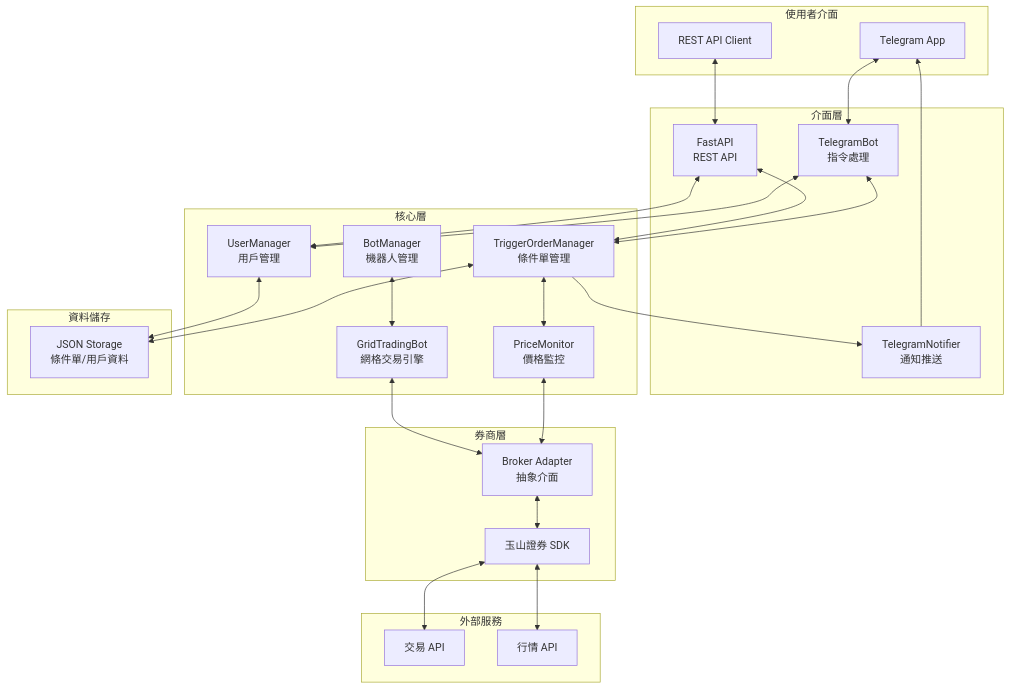
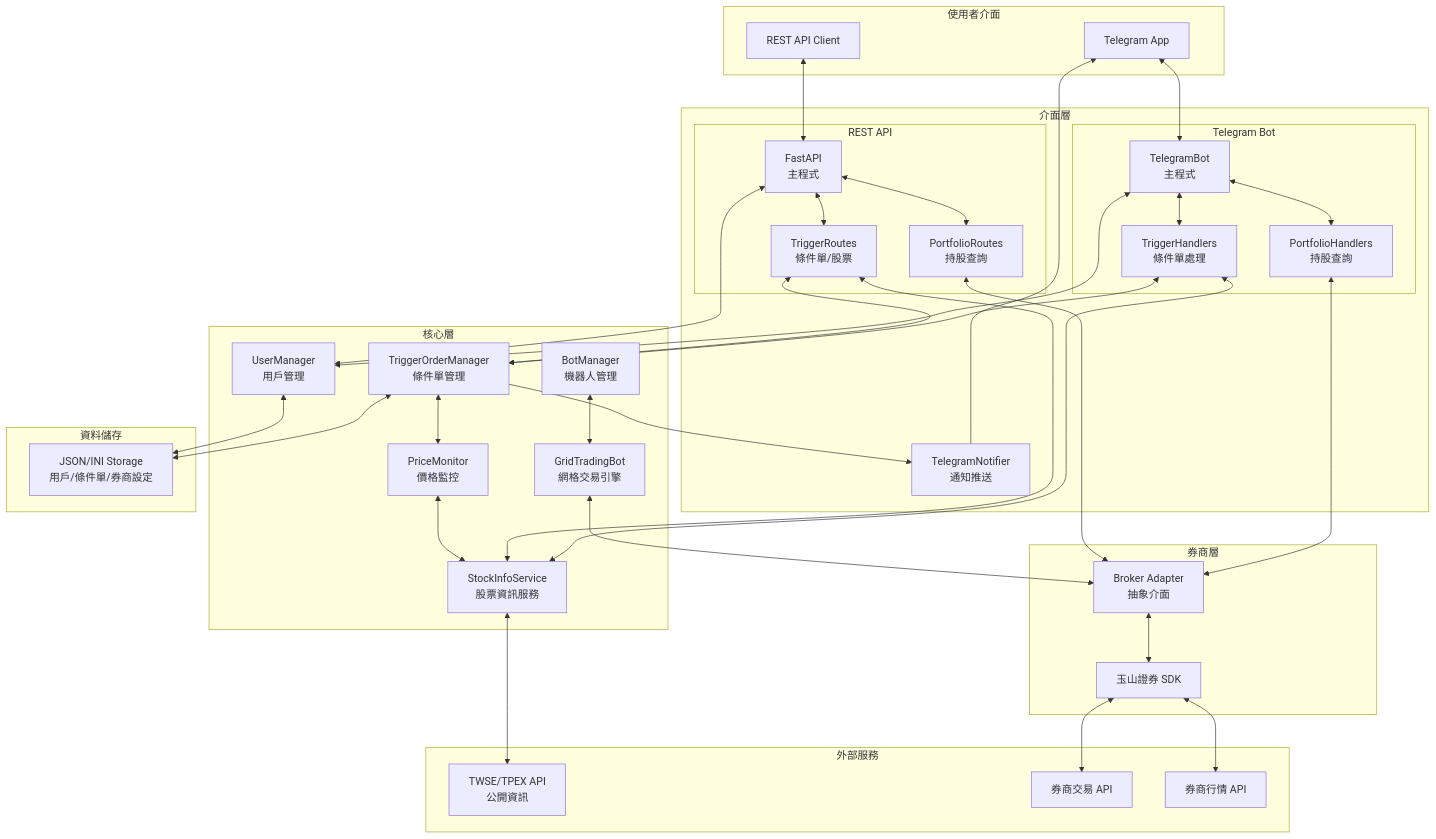
Before and after one commit to a21780816/GridPilot: the first of 5 diagrams in README.md, drawn with Mermaid. The commit also changed other lines of this file, not shown here.

First line of the commit message:
docs: 更新 README 架構圖與流程圖

````diff
--- a/README.md
+++ b/README.md
@@ -28,53 +28,76 @@
 ```mermaid
 flowchart TB
     subgraph User["使用者介面"]
         TG[Telegram App]
         API[REST API Client]
     end
 
     subgraph Interface["介面層"]
-        TB[TelegramBot<br/>指令處理]
-        FA[FastAPI<br/>REST API]
+        subgraph TelegramHandlers["Telegram Bot"]
+            TB[TelegramBot<br/>主程式]
+            TH[TriggerHandlers<br/>條件單處理]
+            PH[PortfolioHandlers<br/>持股查詢]
+        end
+        subgraph APIRoutes["REST API"]
+            FA[FastAPI<br/>主程式]
+            TR[TriggerRoutes<br/>條件單/股票]
+            PR[PortfolioRoutes<br/>持股查詢]
+        end
         TN[TelegramNotifier<br/>通知推送]
     end
 
     subgraph CoreLayer["核心層"]
         TOM[TriggerOrderManager<br/>條件單管理]
         PM[PriceMonitor<br/>價格監控]
+        SIS[StockInfoService<br/>股票資訊服務]
+        UM[UserManager<br/>用戶管理]
         BM[BotManager<br/>機器人管理]
-        UM[UserManager<br/>用戶管理]
         GTB[GridTradingBot<br/>網格交易引擎]
     end
 
     subgraph BrokerLayer["券商層"]
         BA[Broker Adapter<br/>抽象介面]
         ESUN[玉山證券 SDK]
     end
 
     subgraph External["外部服務"]
-        TRADE[交易 API]
-        MARKET[行情 API]
+        TWSE[TWSE/TPEX API<br/>公開資訊]
+        TRADE[券商交易 API]
+        MARKET[券商行情 API]
     end
 
     subgraph Storage["資料儲存"]
-        JSON[JSON Storage<br/>條件單/用戶資料]
+        JSON[JSON/INI Storage<br/>用戶/條件單/券商設定]
     end
 
     TG <--> TB
+    TB <--> TH
+    TB <--> PH
     API <--> FA
-    TB <--> TOM
-    FA <--> TOM
+    FA <--> TR
+    FA <--> PR
+
+    TH <--> TOM
+    TH <--> SIS
+    PH <--> BA
+    TR <--> TOM
+    TR <--> SIS
+    PR <--> BA
+
     TB <--> UM
     FA <--> UM
     TOM <--> PM
-    PM <--> BA
+    PM <--> SIS
     TOM --> TN
     TN --> TG
+
+    SIS <--> TWSE
     BM <--> GTB
     GTB <--> BA
     BA <--> ESUN
     ESUN <--> TRADE
     ESUN <--> MARKET
+
     TOM <--> JSON
     UM <--> JSON
 ```
````
